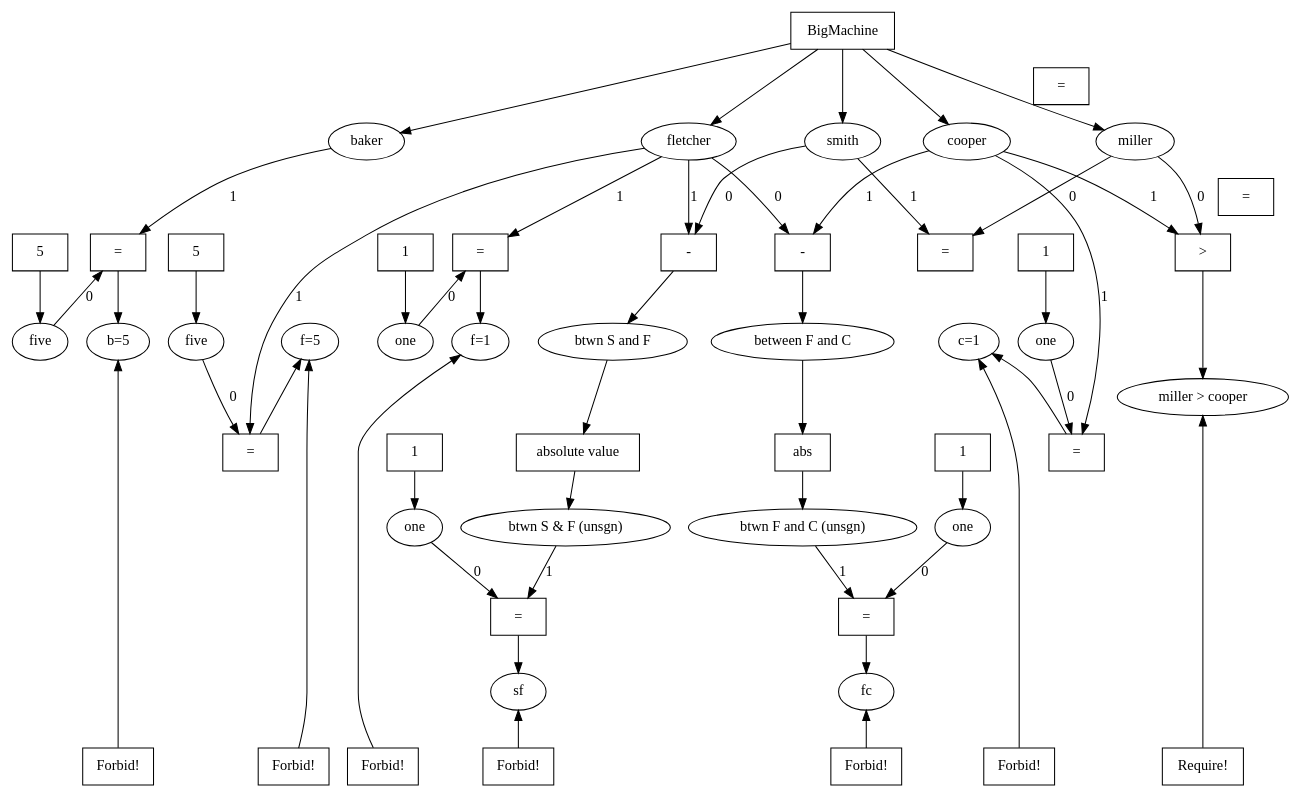
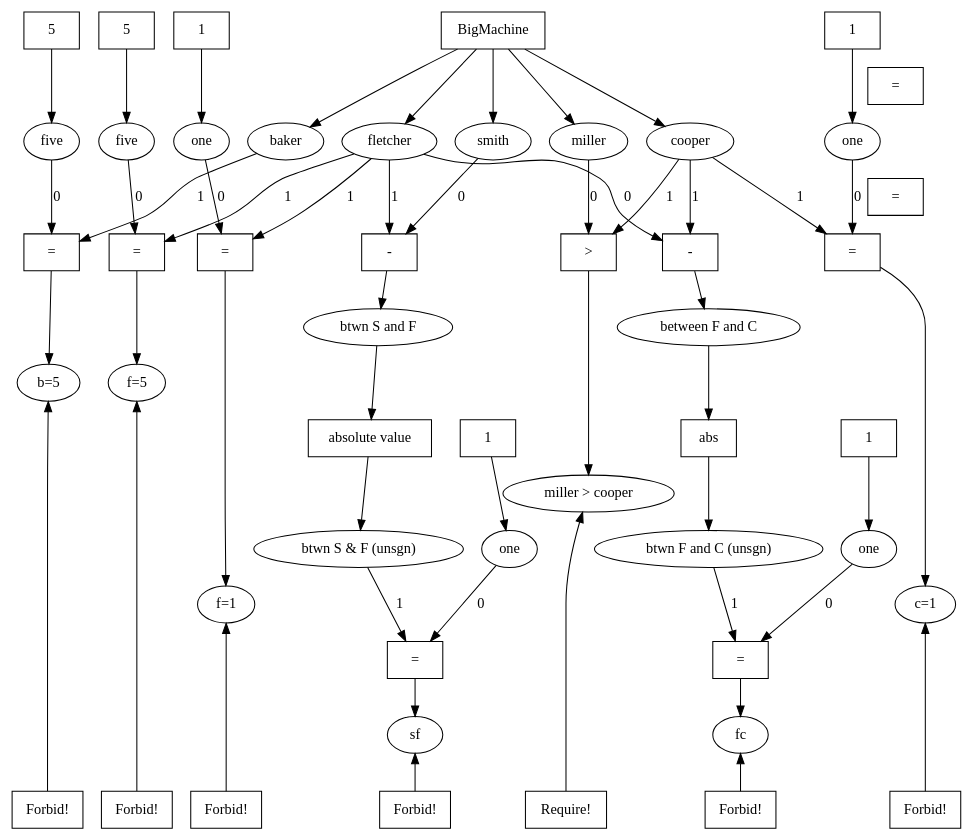
One commit to ProjectMAC/propagators changed the diagram in explorations/graphics/mdonemachine.dot. Above: the diagram before and after it, drawn with Graphviz.

Commit message:
got rid of equals sign between smith and miller, got rid of "ones and five on the same rank" rule somewhat better

```diff
--- a/explorations/graphics/mdonemachine.dot
+++ b/explorations/graphics/mdonemachine.dot
@@ -1,116 +1,113 @@
 digraph G {
   ratio=fill;
   "(variable) 11" [label="baker", shape="ellipse", rank="people" ];
   "(propagator) 12" [label="=", shape="box" ];
-   { rank=same; "(variable) 130"; "(variable) 131"; "(variable) 238"; "(variable) 241" }; 
+   { rank=same; "(variable) 238"; "(variable) 241" }; 
 
   "(propagator) 240" [label="5", shape="box" ];
   "(propagator) 240" -> "(variable) 130" [label="" ];
   "(variable) 130" [label="five", shape="ellipse" ];
   "(propagator) 241" [label="5", shape="box" ];
   "(propagator) 241" -> "(variable) 131" [label="" ];
   "(variable) 131" [label="five", shape="ellipse" ];
 
   "(variable) 130" -> "(propagator) 12" [label=0 ];
   "(variable) 131" -> "(propagator) 14" [label=0 ];
 
   "(propagator) 14" [label="=", shape="box" ];
   "(variable) 15" -> "(propagator) 14" [label=1 ];
   "(variable) 15" [label="fletcher", shape="ellipse", rank="people" ];
   "(propagator) 16" [label="-", shape="box" ];
   "(variable) 15" -> "(propagator) 16" [label=0 ];
   "(variable) 17" -> "(propagator) 16" [label=1 ];
   "(variable) 17" [label="cooper", shape="ellipse", rank="people" ];
   "(propagator) 18" [label=">", shape="box" ];
   "(variable) 19" -> "(propagator) 18" [label=0 ];
   "(variable) 19" [label="miller", shape="ellipse", rank="people" ];
-  "(propagator) 20" [label="=", shape="box" ];
-  "(variable) 19" -> "(propagator) 20" [label=0 ];
-  "(variable) 21" -> "(propagator) 20" [label=1 ];
   "(variable) 21" [label="smith", shape="ellipse", rank="people" ];
    { rank=same; "(variable) 11"; "(variable) 15"; "(variable) 17"; "(variable) 19"; "(variable) 21" }; 
   "(propagator) 22" [label="-", shape="box" ];
   "(variable) 21" -> "(propagator) 22" [label=0 ];
   "(variable) 15" -> "(propagator) 22" [label=1 ];
   "(propagator) 22" -> "(variable) 23" [label="" ];
   "(variable) 23" [label="btwn S and F", shape="ellipse" ];
   "(propagator) 24" [label="absolute value", shape="box" ];
   "(variable) 23" -> "(propagator) 24" [label="" ];
   "(propagator) 24" -> "(variable) 25" [label="" ];
   "(variable) 25" [label="btwn S & F (unsgn)", shape="ellipse" ];
   "(propagator) 26" [label="=", shape="box" ];
   "(variable) 207" -> "(propagator) 26" [label=0 ];
-   { rank=same; "(variable) 209"; "(variable) 210"; "(variable) 35"; "(variable) 38" }; 
+   { rank=same; "(variable) 35"; "(variable) 38" }; 
 
   "(propagator) 400" [label="1", shape="box" ];
   "(propagator) 400" -> "(variable) 207" [label="" ];
   "(variable) 207" [label="one", shape="ellipse" ];
   "(propagator) 401" [label="1", shape="box" ];
   "(propagator) 401" -> "(variable) 208" [label="" ];
   "(variable) 208" [label="one", shape="ellipse" ];
   "(propagator) 402" [label="1", shape="box" ];
   "(propagator) 402" -> "(variable) 209" [label="" ];
   "(variable) 209" [label="one", shape="ellipse" ];
   "(propagator) 403" [label="1", shape="box" ];
   "(propagator) 403" -> "(variable) 210" [label="" ];
   "(variable) 210" [label="one", shape="ellipse" ];
 
   "(propagator) 28" [label="=", shape="box" ];
   "(variable) 208" -> "(propagator) 28" [label=0 ];
   "(variable) 29" -> "(propagator) 28" [label=1 ];
   "(variable) 29" [label="btwn F and C (unsgn)", shape="ellipse" ];
   "(propagator) 30" [label="abs", shape="box" ];
   "(variable) 31" -> "(propagator) 30" [label="" ];
   "(variable) 31" [label="between F and C", shape="ellipse" ];
   "(propagator) 30" -> "(variable) 29" [label="" ];
   "(propagator) 28" -> "(variable) 32" [label="" ];
   "(variable) 32" [label="fc", shape="ellipse" ];
    { rank=max; "(propagator) 33"; "(propagator) 36"; "(propagator) 39"; "(propagator) 42"; "(propagator) 146"; "(propagator) 239"; "(propagator) 242" };
   "(propagator) 33" [label="Forbid!", shape="box", rank="forbid" ];
   "(propagator) 33" -> "(variable) 32" [label="" ];
   "(propagator) 34" [label="=", shape="box" ];
   "(variable) 209" -> "(propagator) 34" [label=0 ];
   "(variable) 15" -> "(propagator) 34" [label=1 ];
   "(propagator) 34" -> "(variable) 35" [label="" ];
   "(variable) 35" [label="f=1", shape="ellipse" ];
   "(propagator) 36" [label="Forbid!", shape="box", rank="forbid" ];
   "(propagator) 36" -> "(variable) 35" [label="" ];
   "(propagator) 37" [label="=", shape="box" ];
   "(variable) 210" -> "(propagator) 37" [label=0 ];
   "(variable) 17" -> "(propagator) 37" [label=1 ];
   "(propagator) 37" -> "(variable) 38" [label="" ];
   "(variable) 38" [label="c=1", shape="ellipse" ];
   "(propagator) 39" [label="Forbid!", shape="box", rank="forbid" ];
   "(propagator) 39" -> "(variable) 38" [label="" ];
   "(variable) 25" -> "(propagator) 26" [label=1 ];
   "(propagator) 26" -> "(variable) 41" [label="" ];
   "(variable) 41" [label="sf", shape="ellipse" ];
   "(propagator) 42" [label="Forbid!", shape="box", rank="forbid" ];
   "(propagator) 42" -> "(variable) 41" [label="" ];
   "(propagator) 43" [label="=", shape="box" ];
 
   "(propagator) 57" [label="BigMachine", shape="box" ];
   "(propagator) 57" -> "(variable) 21" [label="" ];
   "(propagator) 57" -> "(variable) 19" [label="" ];
   "(propagator) 57" -> "(variable) 17" [label="" ];
   "(propagator) 57" -> "(variable) 15" [label="" ];
   "(propagator) 57" -> "(variable) 11" [label="" ];
 
 
   "(variable) 17" -> "(propagator) 18" [label=1 ];
   "(propagator) 18" -> "(variable) 145" [label="" ];
   "(variable) 145" [label="miller > cooper", shape="ellipse" ];
   "(propagator) 146" [label="Require!", shape="box" ];
   "(propagator) 146" -> "(variable) 145" [label="" ];
   "(propagator) 147" [label="=", shape="box" ];
   "(propagator) 16" -> "(variable) 31" [label="" ];
   "(propagator) 14" -> "(variable) 238" [label="" ];
   "(variable) 238" [label="f=5", shape="ellipse" ];
   "(propagator) 239" [label="Forbid!", shape="box", rank="forbid" ];
   "(propagator) 239" -> "(variable) 238" [label="" ];
   "(variable) 11" -> "(propagator) 12" [label=1 ];
   "(propagator) 12" -> "(variable) 241" [label="" ];
   "(variable) 241" [label="b=5", shape="ellipse" ];
   "(propagator) 242" [label="Forbid!", shape="box", rank="forbid" ];
   "(propagator) 242" -> "(variable) 241" [label="" ];
 }
```
